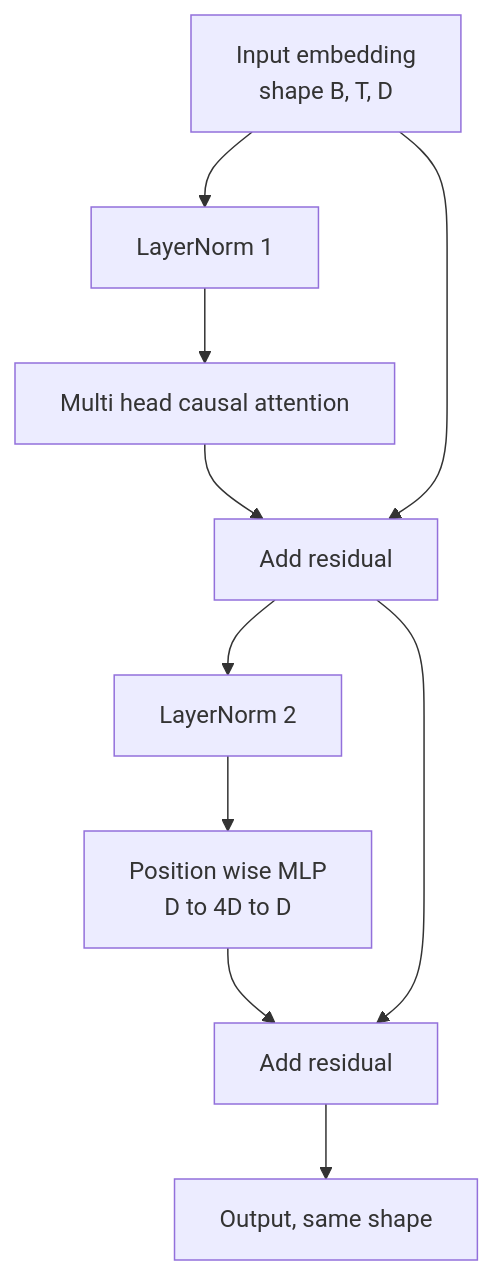
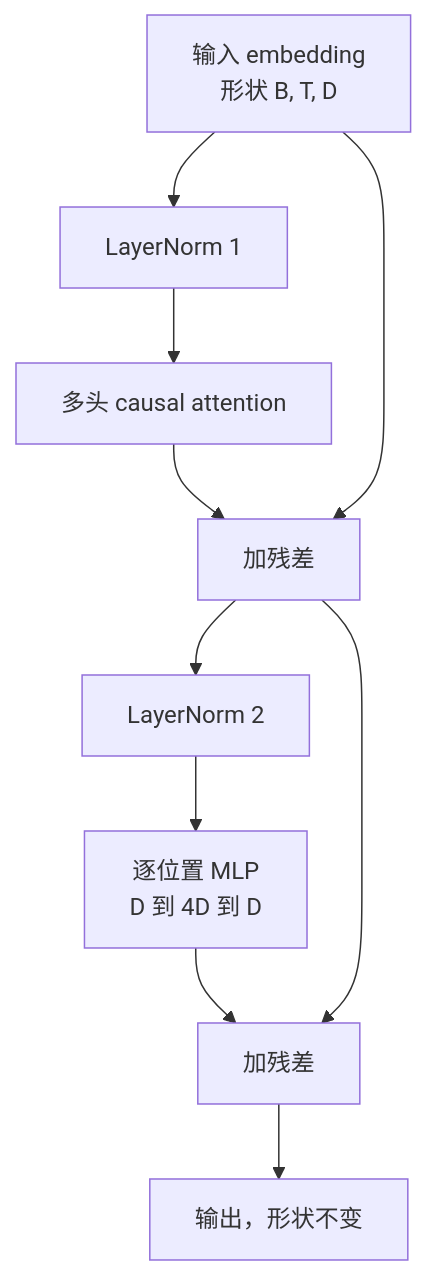
Before and after one commit to JerryC8080/ai-engineering-from-scratch-zh: the first of 2 diagrams in phases/19-capstone-projects/34-transformer-block/docs/zh.md, drawn with Mermaid. The commit also changed other lines of this file and 156 other files, not shown here.

First line of the commit message:
i18n(zh): translate mermaid diagram labels in 157 lesson zh.md

````diff
--- a/phases/19-capstone-projects/34-transformer-block/docs/zh.md
+++ b/phases/19-capstone-projects/34-transformer-block/docs/zh.md
@@ -30,12 +30,12 @@
 ```mermaid
 flowchart TB
-  X[Input embedding<br/>shape B, T, D] --> N1[LayerNorm 1]
-  N1 --> MHA[Multi head causal attention]
-  MHA --> R1[Add residual]
+  X[输入 embedding<br/>形状 B, T, D] --> N1[LayerNorm 1]
+  N1 --> MHA[多头 causal attention]
+  MHA --> R1[加残差]
   X --> R1
   R1 --> N2[LayerNorm 2]
-  N2 --> MLP[Position wise MLP<br/>D to 4D to D]
-  MLP --> R2[Add residual]
+  N2 --> MLP[逐位置 MLP<br/>D 到 4D 到 D]
+  MLP --> R2[加残差]
   R1 --> R2
-  R2 --> Y[Output, same shape]
+  R2 --> Y[输出，形状不变]
 ```
````
